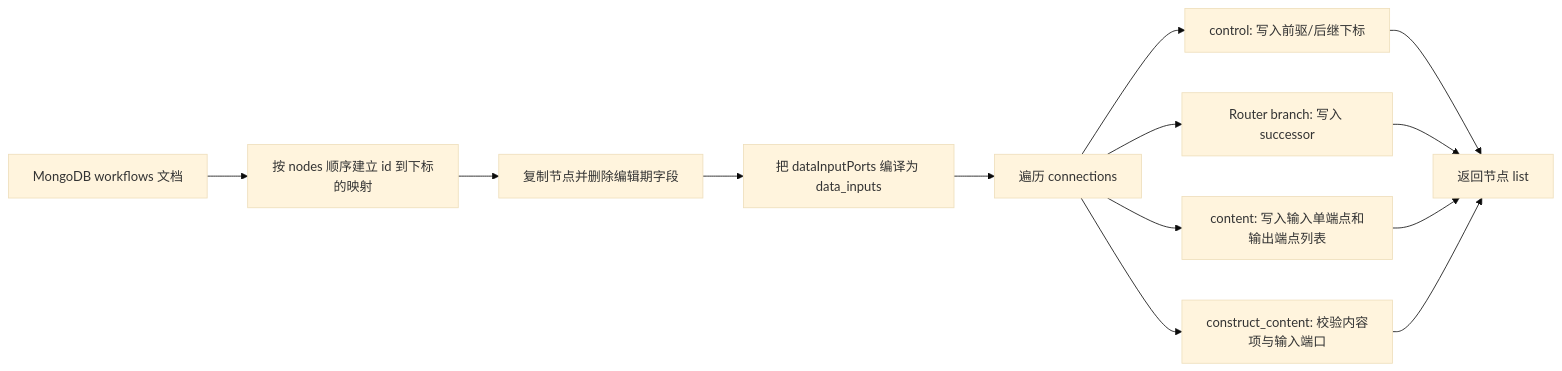
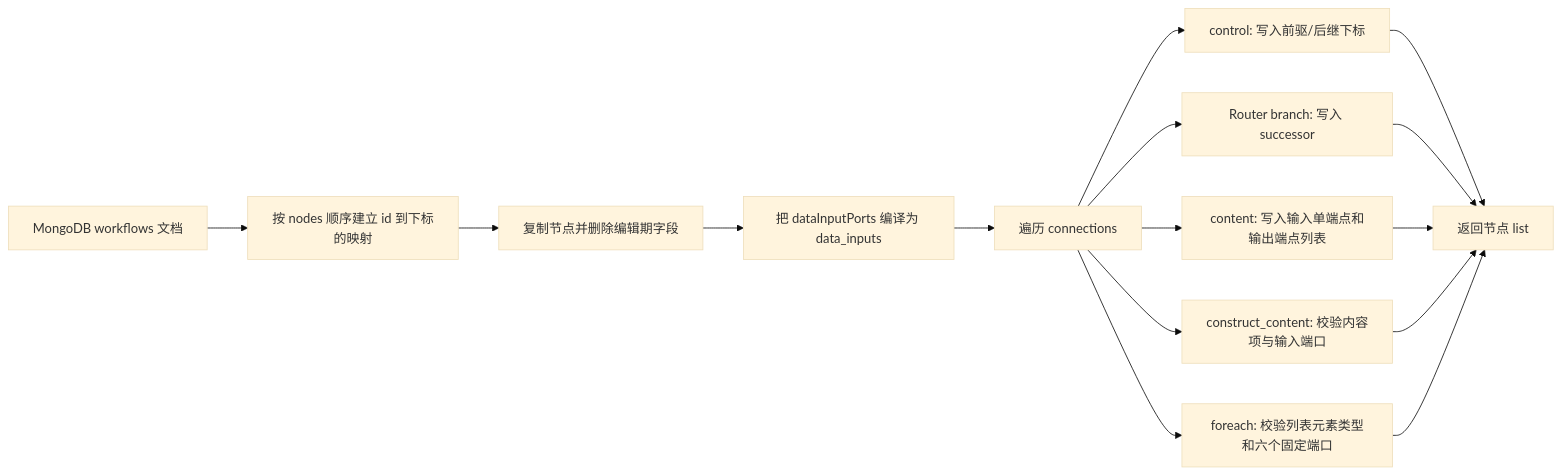
One commit to g-Ironfox/AAgent changed the diagram in docs/13-Workflow解析器.md. Above: the diagram before and after it, drawn with Mermaid (base theme). The commit also changed other lines of this file and 8 other files, not shown here.

````diff
--- a/docs/13-Workflow解析器.md
+++ b/docs/13-Workflow解析器.md
@@ -247,15 +290,17 @@
 ```mermaid
 flowchart LR
     A[MongoDB workflows 文档] --> B[按 nodes 顺序建立 id 到下标的映射]
     B --> C[复制节点并删除编辑期字段]
     C --> C1[把 dataInputPorts 编译为 data_inputs]
     C1 --> D[遍历 connections]
     D --> E[control: 写入前驱/后继下标]
     D --> F[Router branch: 写入 successor]
     D --> G[content: 写入输入单端点和输出端点列表]
     D --> G1[construct_content: 校验内容项与输入端口]
+    D --> G2[foreach: 校验列表元素类型和六个固定端口]
     E --> H[返回节点 list]
     F --> H
     G --> H
     G1 --> H
+    G2 --> H
 ```
````
